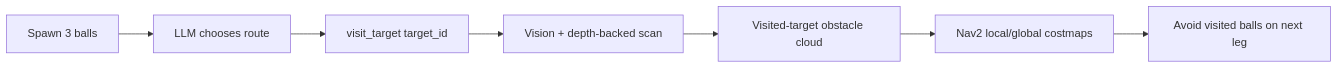
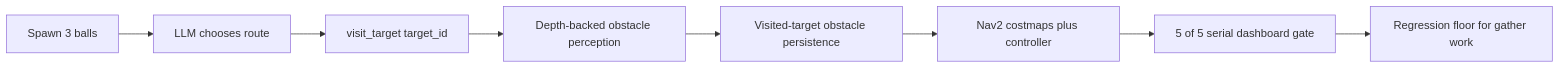
One commit to fsmalkin/chasebot changed the diagram in docs/LLM_BROWSER_UAT_PLAN.md. Above: the diagram before and after it, drawn with Mermaid. The commit also changed other lines of this file and 1 other file, not shown here.

````diff
--- a/docs/LLM_BROWSER_UAT_PLAN.md
+++ b/docs/LLM_BROWSER_UAT_PLAN.md
@@ -351,9 +356,10 @@
 ```mermaid
 flowchart LR
     A[Spawn 3 balls] --> B[LLM chooses route]
     B --> C[visit_target target_id]
-    C --> D[Vision + depth-backed scan]
-    D --> E[Visited-target obstacle cloud]
-    E --> F[Nav2 local/global costmaps]
-    F --> G[Avoid visited balls on next leg]
+    C --> D[Depth-backed obstacle perception]
+    D --> E[Visited-target obstacle persistence]
+    E --> F[Nav2 costmaps plus controller]
+    F --> G[5 of 5 serial dashboard gate]
+    G --> H[Regression floor for gather work]
 ```
````
